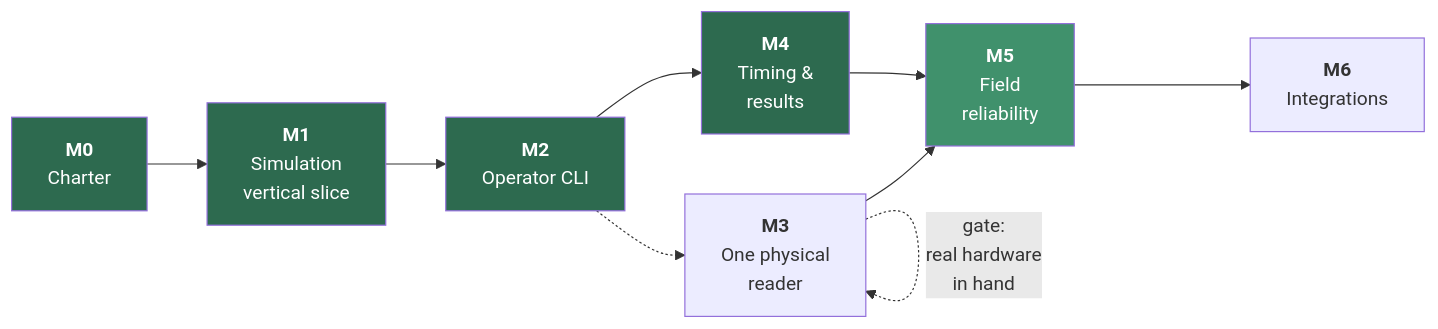
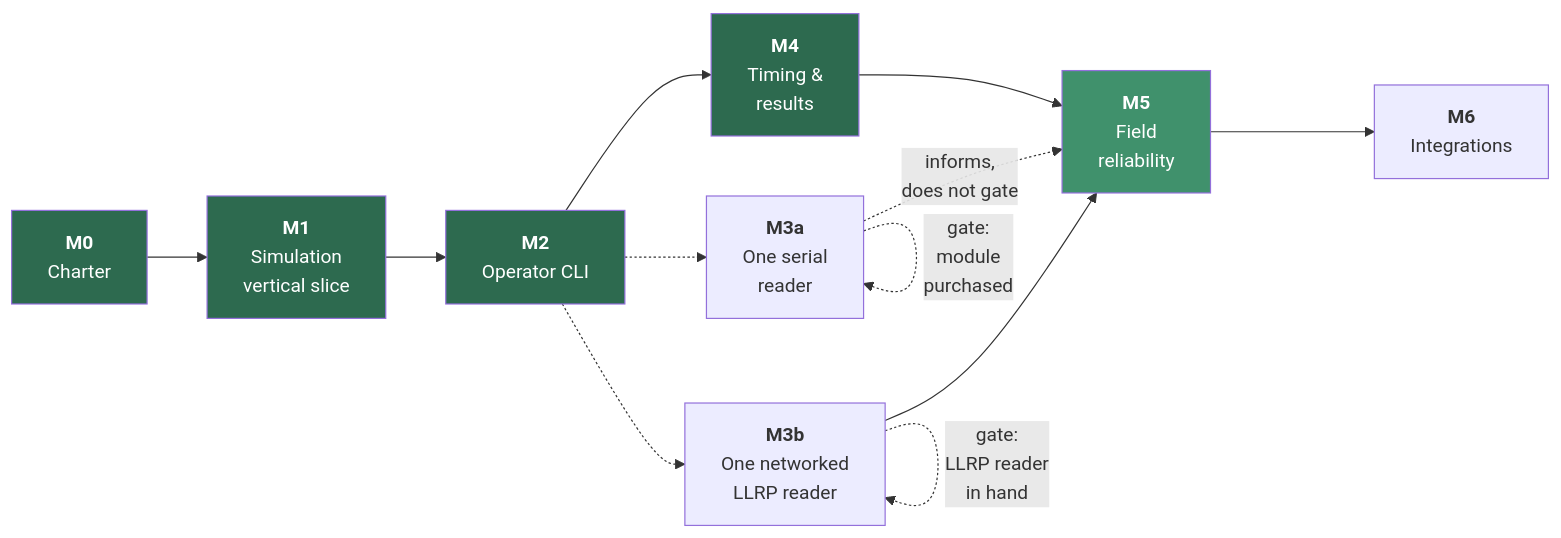
The diagram in docs/roadmap.md (truppelli/splitforge), drawn with Mermaid before and after one commit. The commit also changed other lines of this file and 7 other files, not shown here.

````diff
--- a/docs/roadmap.md
+++ b/docs/roadmap.md
@@ -7,17 +7,20 @@
 ```mermaid
 flowchart LR
     M0["<b>M0</b><br/>Charter"] --> M1["<b>M1</b><br/>Simulation<br/>vertical slice"]
     M1 --> M2["<b>M2</b><br/>Operator CLI"]
     M2 --> M4["<b>M4</b><br/>Timing &<br/>results"]
-    M2 -.-> M3["<b>M3</b><br/>One physical<br/>reader"]
+    M2 -.-> M3a["<b>M3a</b><br/>One serial<br/>reader"]
+    M2 -.-> M3b["<b>M3b</b><br/>One networked<br/>LLRP reader"]
     M4 --> M5["<b>M5</b><br/>Field<br/>reliability"]
-    M3 --> M5
+    M3b --> M5
+    M3a -.->|"informs,<br/>does not gate"| M5
     M5 --> M6["<b>M6</b><br/>Integrations"]
 
-    M3 -.->|"gate:<br/>real hardware<br/>in hand"| M3
+    M3a -.->|"gate:<br/>module<br/>purchased"| M3a
+    M3b -.->|"gate:<br/>LLRP reader<br/>in hand"| M3b
     style M0 fill:#2d6a4f,color:#fff
     style M1 fill:#2d6a4f,color:#fff
     style M2 fill:#2d6a4f,color:#fff
     style M4 fill:#2d6a4f,color:#fff
     style M5 fill:#40916c,color:#fff
 ```
````
